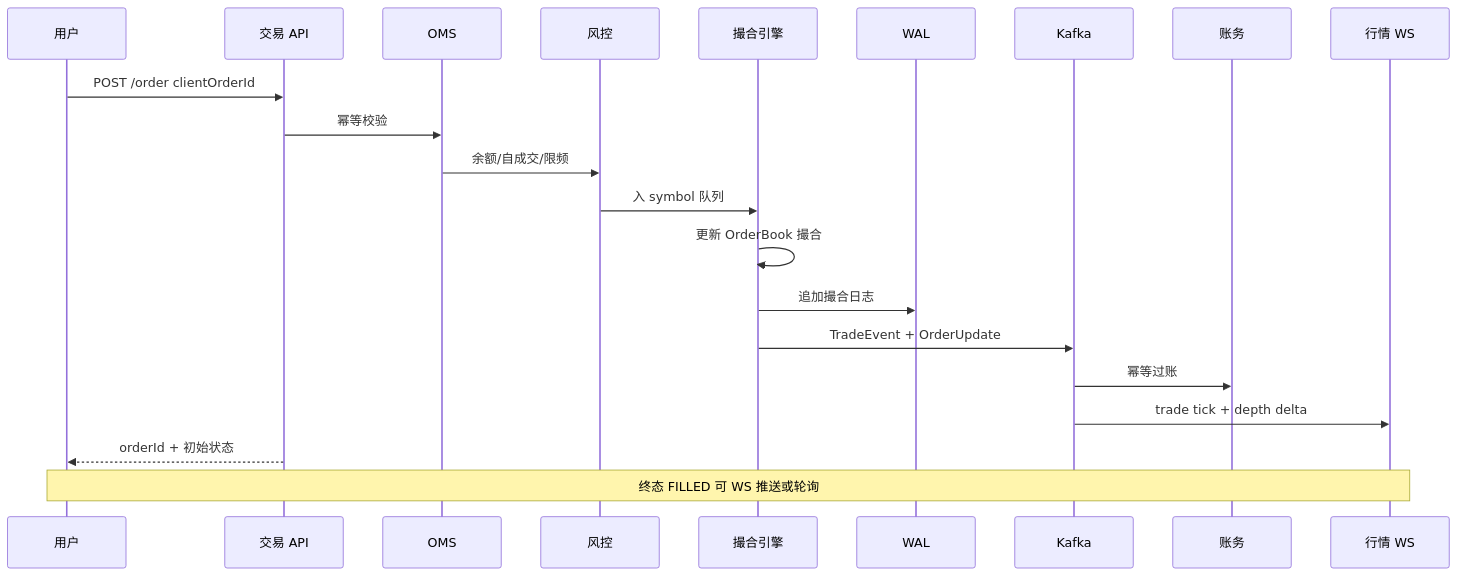
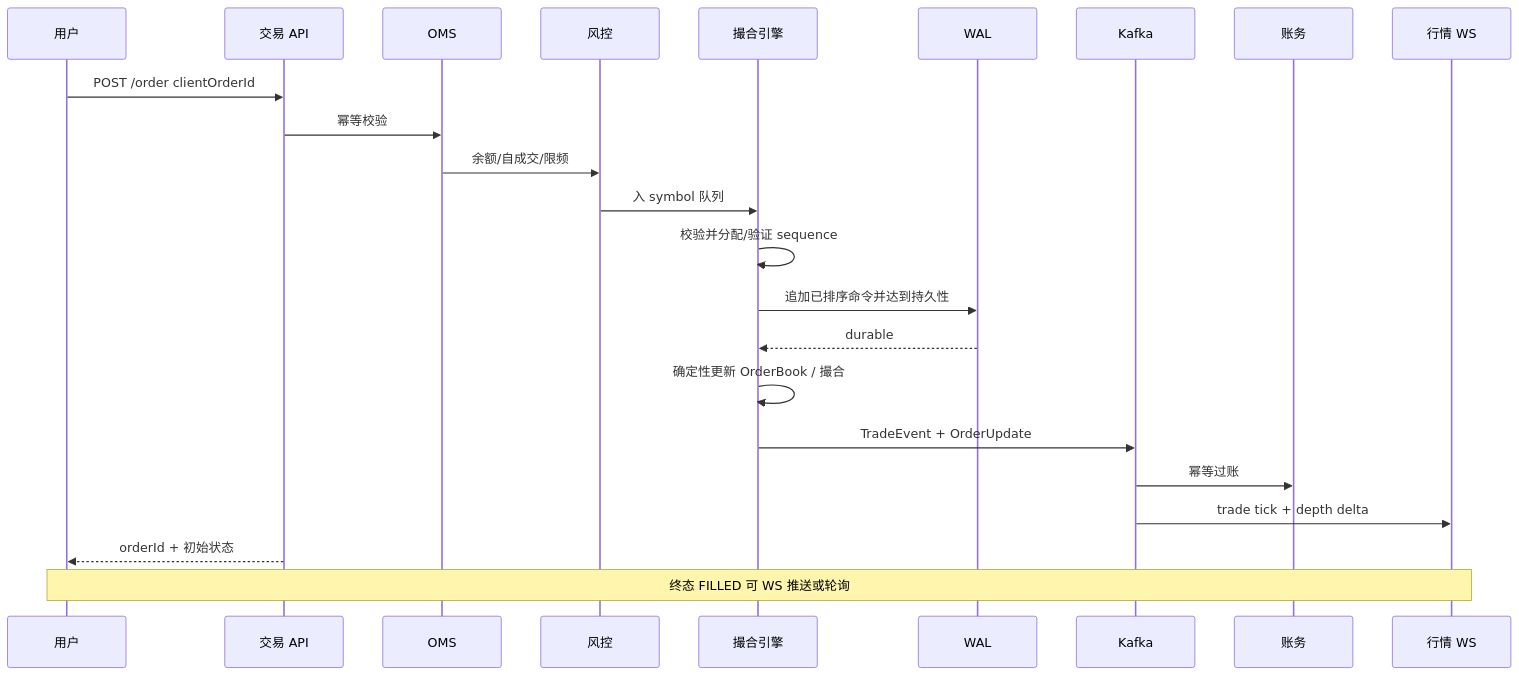
Before and after one commit to twodog-tt/Golang-development-manual: the fourth of 4 diagrams in docs/interview/14-dex-cex-engineering/S-EXCH-01-cex-matching-engine.md, drawn with Mermaid. The commit also changed other lines of this file and 438 other files, not shown here.

````diff
--- a/docs/interview/14-dex-cex-engineering/S-EXCH-01-cex-matching-engine.md
+++ b/docs/interview/14-dex-cex-engineering/S-EXCH-01-cex-matching-engine.md
@@ -148,24 +163,26 @@
 ```mermaid
 sequenceDiagram
   participant U as 用户
   participant API as 交易 API
   participant OMS as OMS
   participant Risk as 风控
   participant ME as 撮合引擎
   participant WAL as WAL
   participant MQ as Kafka
   participant Ledger as 账务
   participant WS as 行情 WS
 
   U->>API: POST /order clientOrderId
   API->>OMS: 幂等校验
   OMS->>Risk: 余额/自成交/限频
   Risk->>ME: 入 symbol 队列
-  ME->>ME: 更新 OrderBook 撮合
-  ME->>WAL: 追加撮合日志
+  ME->>ME: 校验并分配/验证 sequence
+  ME->>WAL: 追加已排序命令并达到持久性
+  WAL-->>ME: durable
+  ME->>ME: 确定性更新 OrderBook / 撮合
   ME->>MQ: TradeEvent + OrderUpdate
   MQ->>Ledger: 幂等过账
   MQ->>WS: trade tick + depth delta
   API-->>U: orderId + 初始状态
   Note over U,WS: 终态 FILLED 可 WS 推送或轮询
 ```
````
